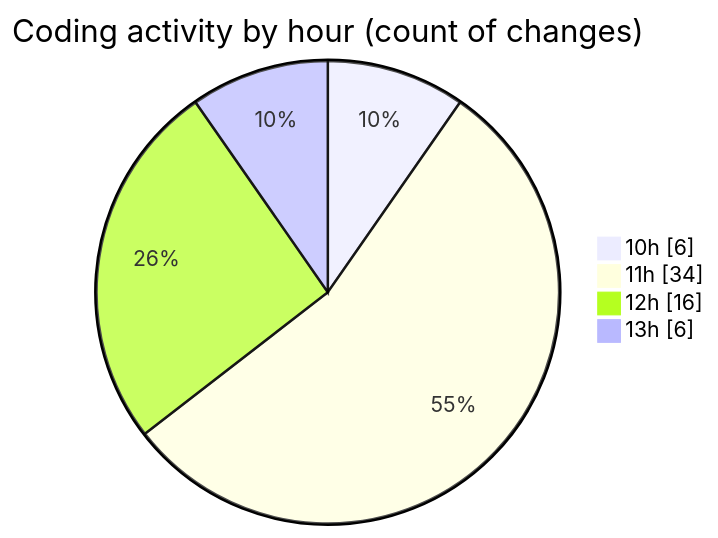
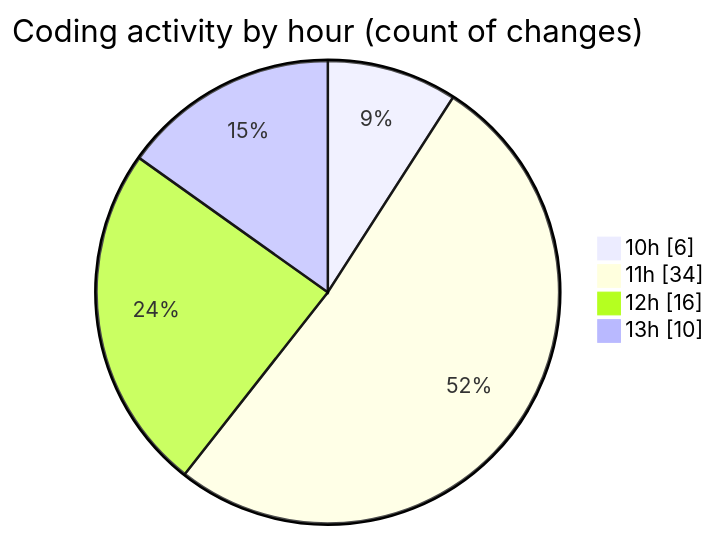
The second of 2 diagrams in 2025-08-13/cda/README.md (momahboobian/code-tracking), drawn with Mermaid before and after one commit. The commit also changed other lines of this file and 1 other file, not shown here.

````diff
--- a/2025-08-13/cda/README.md
+++ b/2025-08-13/cda/README.md
@@ -33,8 +33,8 @@
 ```mermaid
 pie showData
 title Coding activity by hour (count of changes)
 "10h" : 6
 "11h" : 34
 "12h" : 16
-"13h" : 6
+"13h" : 10
 ```
````
